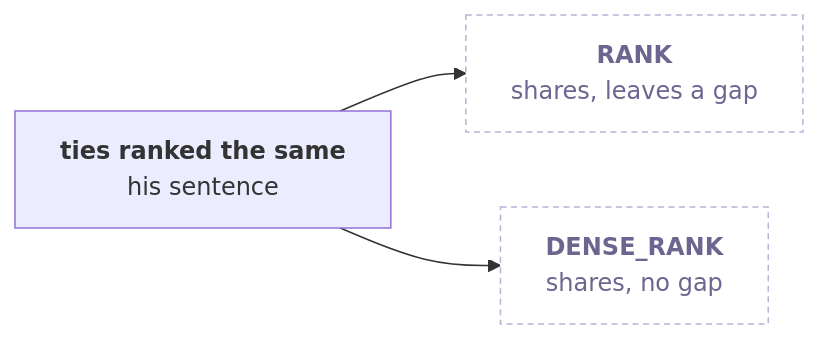
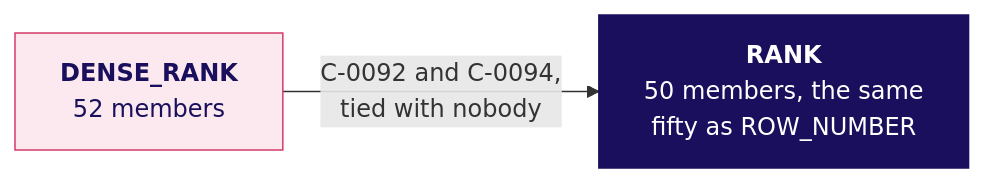
Before and after one commit to fde-academy-lab/c2-content-factory: diagram 13 of 20 in content/W02/D3/slides/C2_W02_D03_half1_STUDENT.md, drawn with Mermaid. The commit also changed other lines of this file and 3 other files, not shown here.

````diff
--- a/content/W02/D3/slides/C2_W02_D03_half1_STUDENT.md
+++ b/content/W02/D3/slides/C2_W02_D03_half1_STUDENT.md
@@ -547,7 +965,8 @@
 ```mermaid
 flowchart LR
-    S["<b>ties ranked the same</b><br/>his sentence"] --> R["<b>RANK</b><br/>shares, leaves a gap"]
-    S --> D["<b>DENSE_RANK</b><br/>shares, no gap"]
-    classDef unknown fill:#FFFFFF,stroke:#B8B2D6,color:#6B6690,stroke-dasharray:4 3
-    class R,D unknown
+    D["<b>DENSE_RANK</b><br/>52 members"] -->|"C-0092 and C-0094,<br/>tied with nobody"| R["<b>RANK</b><br/>50 members, the same<br/>fifty as ROW_NUMBER"]
+    classDef bad fill:#FBE9EF,stroke:#D63A6A,color:#1A0F5C
+    classDef bet fill:#1A0F5C,stroke:#1A0F5C,color:#FFFFFF
+    class D bad
+    class R bet
 ```
````
